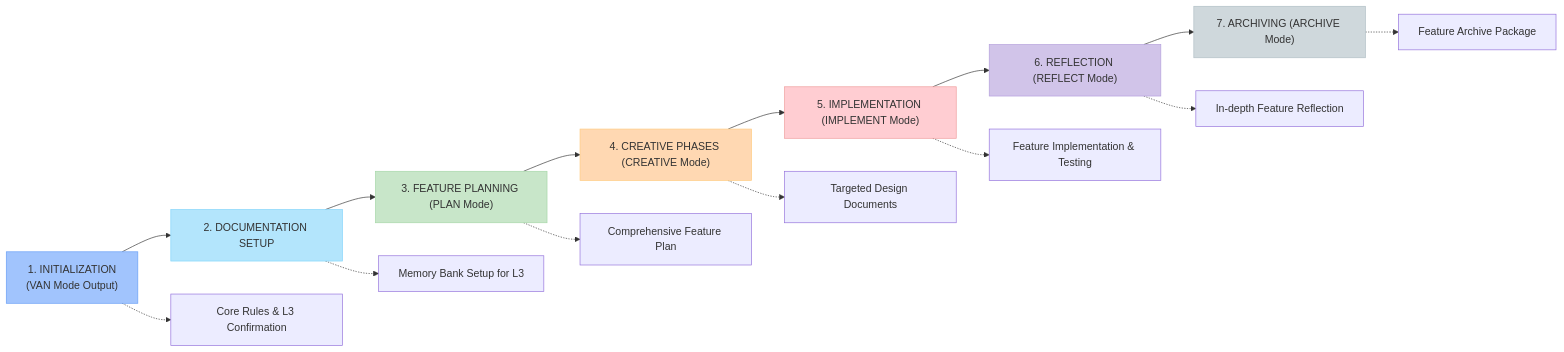
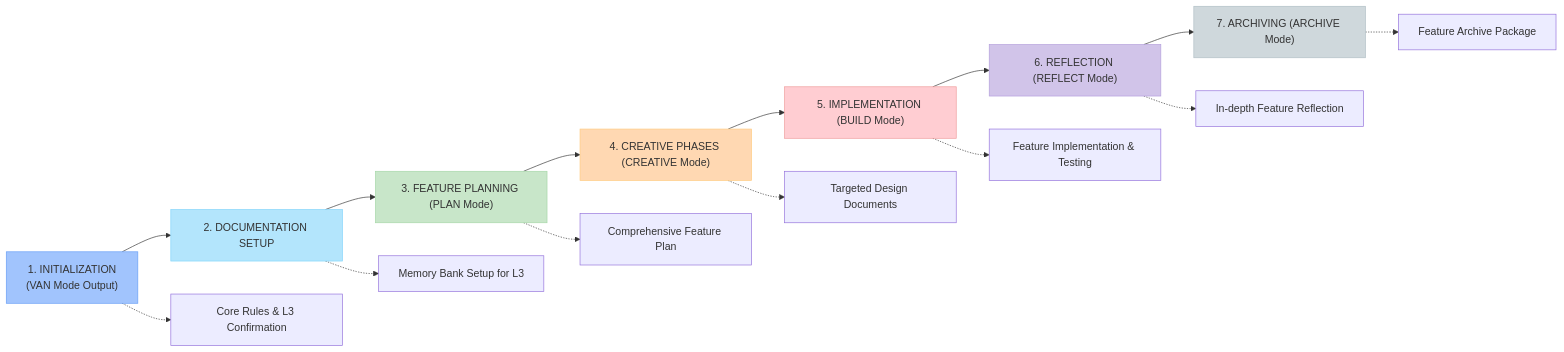
One commit to aleasweb/cityQuest changed the first of 8 diagrams in .cursor/rules/isolation_rules/Level3/workflow-level3.mdc. Above: the diagram before and after it, drawn with Mermaid. The commit also changed other lines of this file and 26 other files, not shown here.

`````diff
--- a/.cursor/rules/isolation_rules/Level3/workflow-level3.mdc
+++ b/.cursor/rules/isolation_rules/Level3/workflow-level3.mdc
@@ -15,27 +15,27 @@
 ```mermaid
 graph LR
     Init["1. INITIALIZATION<br>(VAN Mode Output)"] -->
     DocSetup["2. DOCUMENTATION SETUP"] -->
     Plan["3. FEATURE PLANNING (PLAN Mode)"] -->
     Creative["4. CREATIVE PHASES (CREATIVE Mode)"] -->
-    Impl["5. IMPLEMENTATION (IMPLEMENT Mode)"] -->
+    Impl["5. IMPLEMENTATION (BUILD Mode)"] -->
     Reflect["6. REFLECTION (REFLECT Mode)"] -->
     Archive["7. ARCHIVING (ARCHIVE Mode)"]
 
     %% Document connections for each phase (conceptual links to mode guidance)
     Init -.-> InitDocs["Core Rules & L3 Confirmation"]
     DocSetup -.-> DocSetupDocs["Memory Bank Setup for L3"]
     Plan -.-> PlanDocs["Comprehensive Feature Plan"]
     Creative -.-> CreativeDocs["Targeted Design Documents"]
     Impl -.-> ImplDocs["Feature Implementation & Testing"]
     Reflect -.-> ReflectDocs["In-depth Feature Reflection"]
     Archive -.-> ArchiveDocs["Feature Archive Package"]
 
     style Init fill:#a1c4fd,stroke:#669df6
     style DocSetup fill:#b3e5fc,stroke:#81d4fa
     style Plan fill:#c8e6c9,stroke:#a5d6a7
     style Creative fill:#ffd8b2,stroke:#ffcc80
     style Impl fill:#ffcdd2,stroke:#ef9a9a
     style Reflect fill:#d1c4e9,stroke:#b39ddb
     style Archive fill:#cfd8dc,stroke:#b0bec5
 ````
`````
